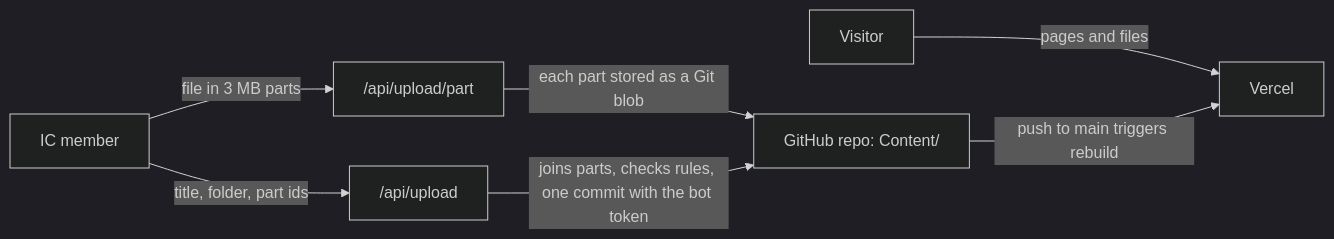
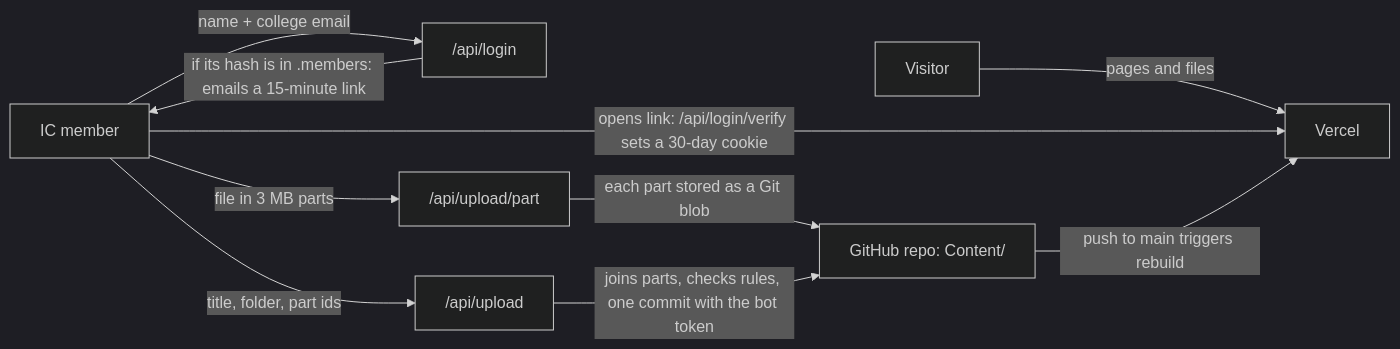
Before and after one commit to Harsh-Kapadiya/ICDMS: the diagram in README.md, drawn with Mermaid (dark theme). The commit also changed other lines of this file and 24 other files, not shown here.

Commit message:
use a .member file where i store all the email of the members

````diff
--- a/README.md
+++ b/README.md
@@ -16,9 +16,12 @@
 ```mermaid
 flowchart LR
   V["Visitor"] -- "pages and files" --> H["Vercel"]
-  U["IC member"] -- "file in 3 MB parts" --> P["/api/upload/part"]
+  U["IC member"] -- "name + college email" --> L["/api/login"]
+  L -- "if its hash is in .members: emails a 15-minute link" --> U
+  U -- "opens link: /api/login/verify sets a 30-day cookie" --> H
+  U -- "file in 3 MB parts" --> P["/api/upload/part"]
   P -- "each part stored as a Git blob" --> G["GitHub repo: Content/"]
   U -- "title, folder, part ids" --> R["/api/upload"]
   R -- "joins parts, checks rules, one commit with the bot token" --> G
   G -- "push to main triggers rebuild" --> H
 ```
````
